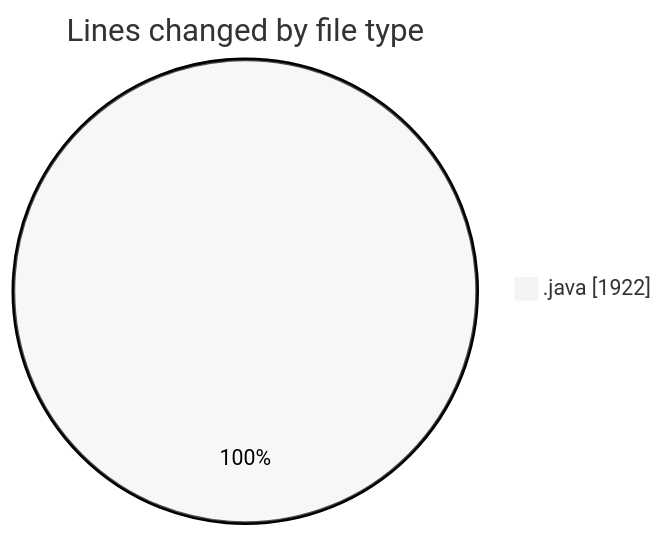
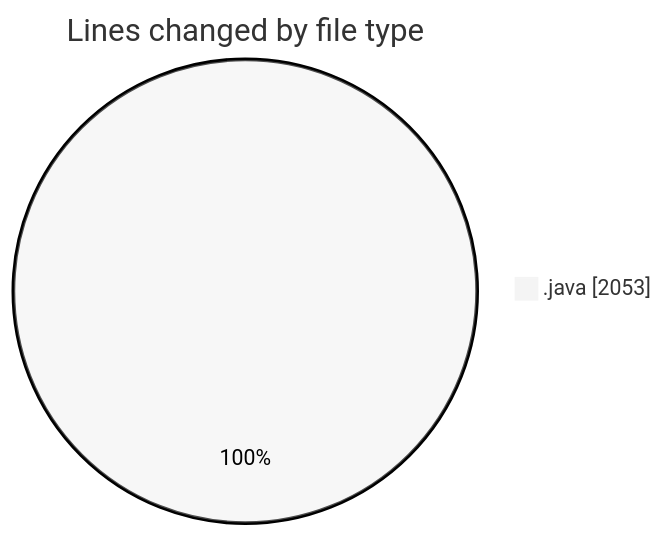
One commit to charlie-sans/code-tracking changed the first of 2 diagrams in 2025-02-18/masm/README.md. Above: the diagram before and after it, drawn with Mermaid (neutral theme). The commit also changed other lines of this file and 1 other file, not shown here.

````diff
--- a/2025-02-18/masm/README.md
+++ b/2025-02-18/masm/README.md
@@ -24,5 +25,5 @@
 ```mermaid
 pie showData
 title Lines changed by file type
-".java" : 1922
+".java" : 2053
 ```
````
